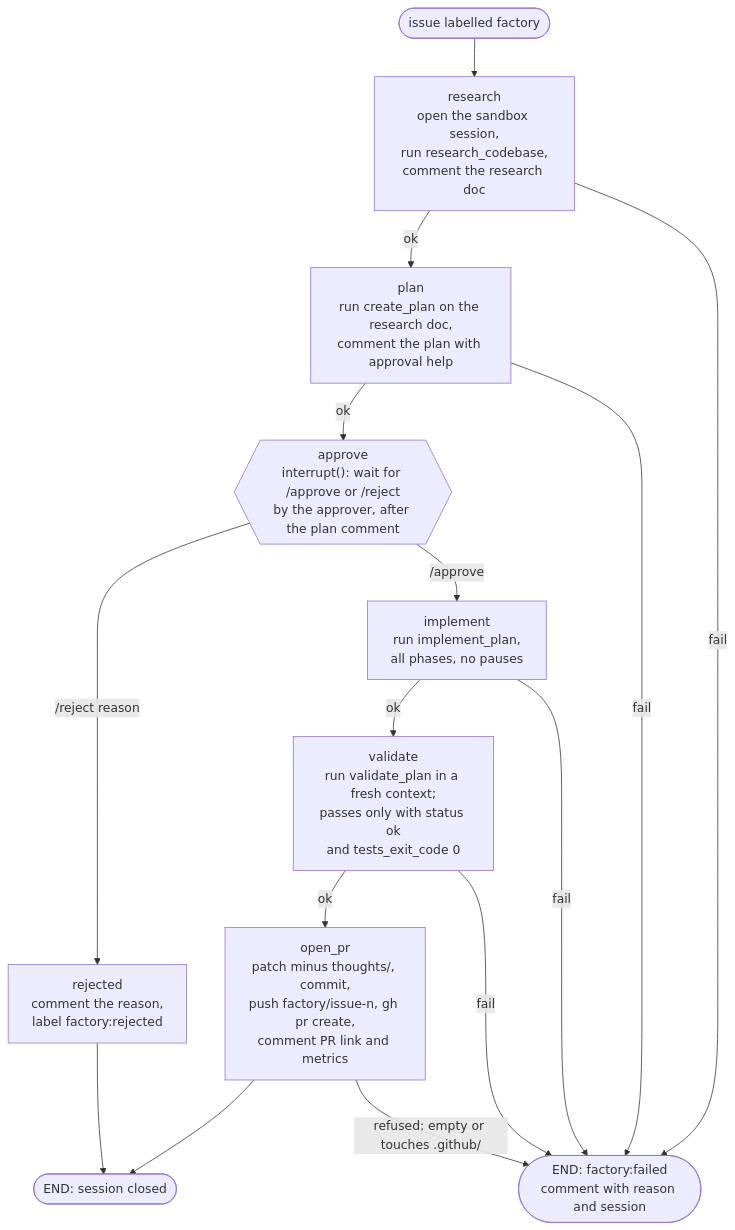
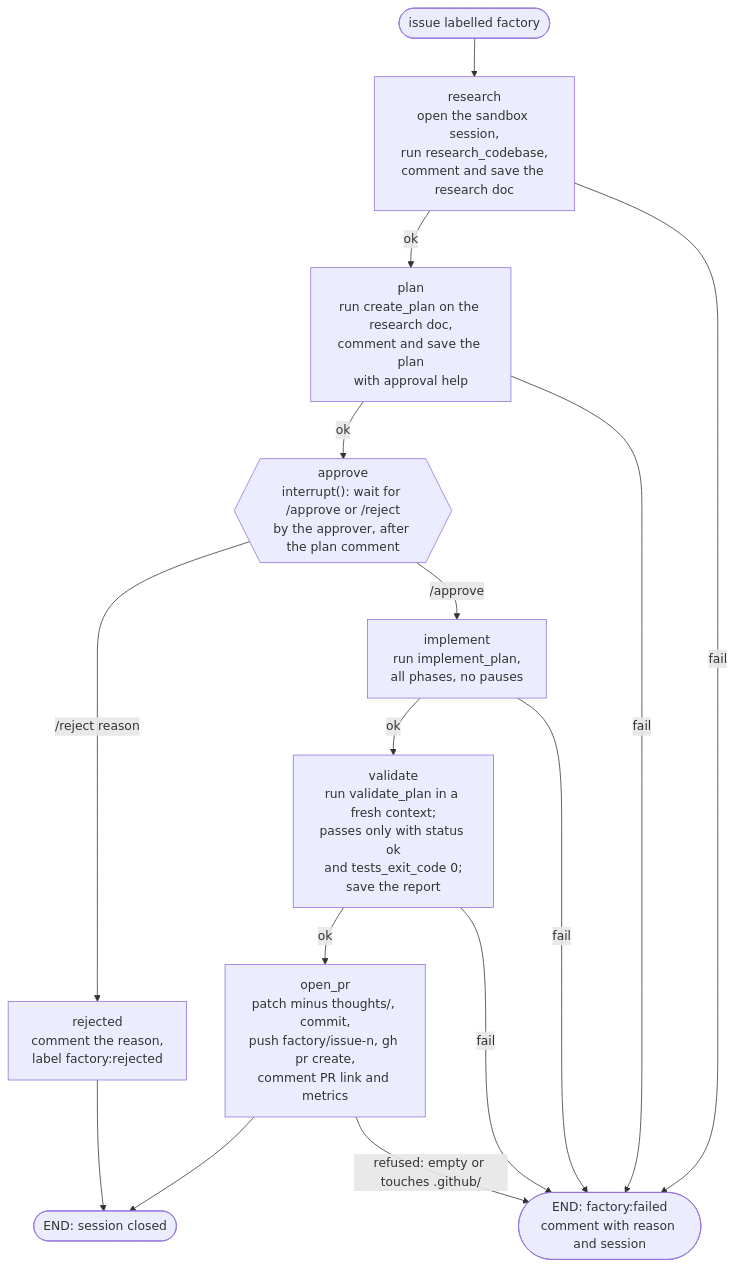
Before and after one commit to morri5/software-factory: the third of 3 diagrams in README.md, drawn with Mermaid. The commit also changed other lines of this file and 1 other file, not shown here.

````diff
--- a/README.md
+++ b/README.md
@@ -66,18 +72,18 @@
 ```mermaid
 flowchart TD
     START([issue labelled factory]) --> research
-    research["research<br/>open the sandbox session,<br/>run research_codebase,<br/>comment the research doc"] -->|ok| plan
-    plan["plan<br/>run create_plan on the research doc,<br/>comment the plan with approval help"] -->|ok| approve
+    research["research<br/>open the sandbox session,<br/>run research_codebase,<br/>comment and save the research doc"] -->|ok| plan
+    plan["plan<br/>run create_plan on the research doc,<br/>comment and save the plan<br/>with approval help"] -->|ok| approve
     approve{{"approve<br/>interrupt(): wait for /approve or /reject<br/>by the approver, after the plan comment"}}
     approve -->|/approve| implement
     approve -->|/reject reason| rejected["rejected<br/>comment the reason,<br/>label factory:rejected"]
     implement["implement<br/>run implement_plan,<br/>all phases, no pauses"] -->|ok| validate
-    validate["validate<br/>run validate_plan in a fresh context;<br/>passes only with status ok<br/>and tests_exit_code 0"] -->|ok| open_pr
+    validate["validate<br/>run validate_plan in a fresh context;<br/>passes only with status ok<br/>and tests_exit_code 0;<br/>save the report"] -->|ok| open_pr
     open_pr["open_pr<br/>patch minus thoughts/, commit,<br/>push factory/issue-n, gh pr create,<br/>comment PR link and metrics"] --> END([END: session closed])
     rejected --> END
     research -->|fail| FAILED([END: factory:failed<br/>comment with reason and session])
     plan -->|fail| FAILED
     implement -->|fail| FAILED
     validate -->|fail| FAILED
     open_pr -->|refused: empty or touches .github/| FAILED
 ```
````
